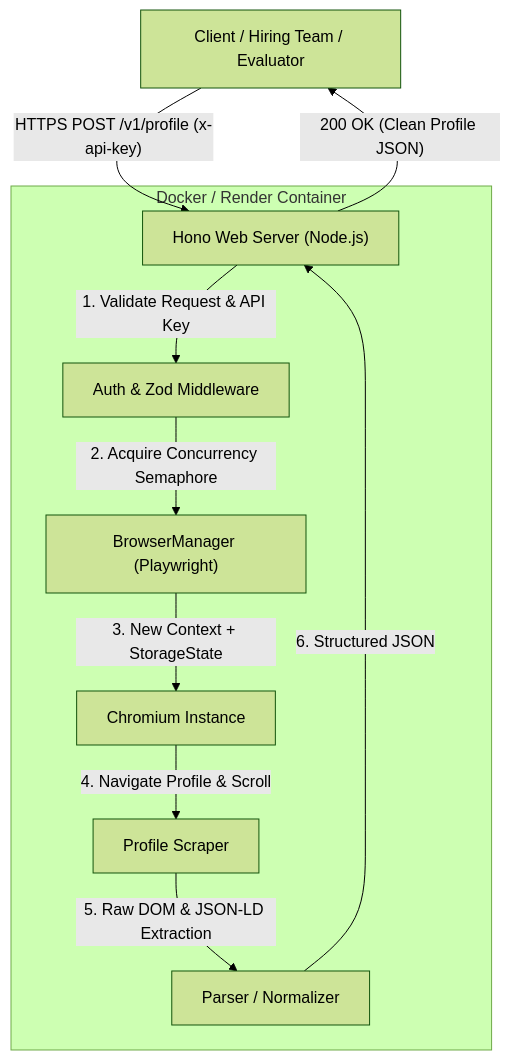
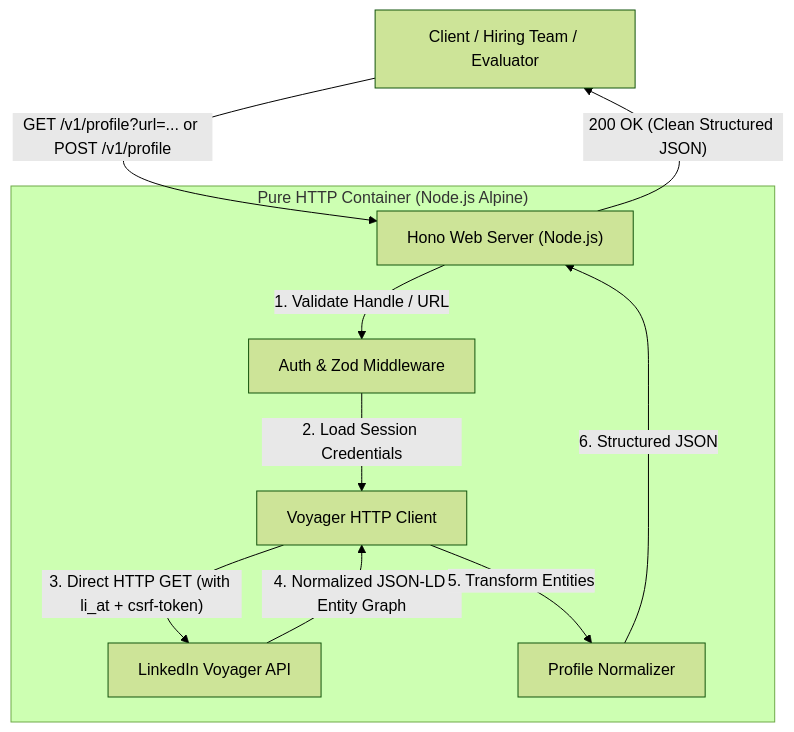
One commit to Viswesh934/Tross-api-spec changed the diagram in README.md. Above: the diagram before and after it, drawn with Mermaid (forest theme). The commit also changed other lines of this file and 13 other files, not shown here.

Commit message:
feat: complete pure HTTP reverse-engineered Voyager API client in TypeScript (no browser)

````diff
--- a/README.md
+++ b/README.md
@@ -20,15 +21,15 @@
 ```mermaid
 flowchart TD
-    Client["Client / Hiring Team / Evaluator"] -->|"HTTPS POST /v1/profile (x-api-key)"| Hono["Hono Web Server (Node.js)"]
+    Client["Client / Hiring Team / Evaluator"] -->|"GET /v1/profile?url=... or POST /v1/profile"| Hono["Hono Web Server (Node.js)"]
     
-    subgraph Container ["Docker / Render Container"]
-        Hono -->|"1. Validate Request & API Key"| Middleware["Auth & Zod Middleware"]
-        Middleware -->|"2. Acquire Concurrency Semaphore"| Manager["BrowserManager (Playwright)"]
-        Manager -->|"3. New Context + StorageState"| Chromium["Chromium Instance"]
-        Chromium -->|"4. Navigate Profile & Scroll"| Scraper["Profile Scraper"]
-        Scraper -->|"5. Raw DOM & JSON-LD Extraction"| Normalizer["Parser / Normalizer"]
-        Normalizer -->|"6. Structured JSON"| Hono
+    subgraph Service ["Pure HTTP Container (Node.js Alpine)"]
+        Hono -->|"1. Validate Handle / URL"| Middleware["Auth & Zod Middleware"]
+        Middleware -->|"2. Load Session Credentials"| ClientModule["Voyager HTTP Client"]
+        ClientModule -->|"3. Direct HTTP GET (with li_at + csrf-token)"| LinkedIn["LinkedIn Voyager API"]
+        LinkedIn -->|"4. Normalized JSON-LD Entity Graph"| ClientModule
+        ClientModule -->|"5. Transform Entities"| Parser["Profile Normalizer"]
+        Parser -->|"6. Structured JSON"| Hono
     end
 
-    Hono -->|"200 OK (Clean Profile JSON)"| Client
+    Hono -->|"200 OK (Clean Structured JSON)"| Client
 ```
````
